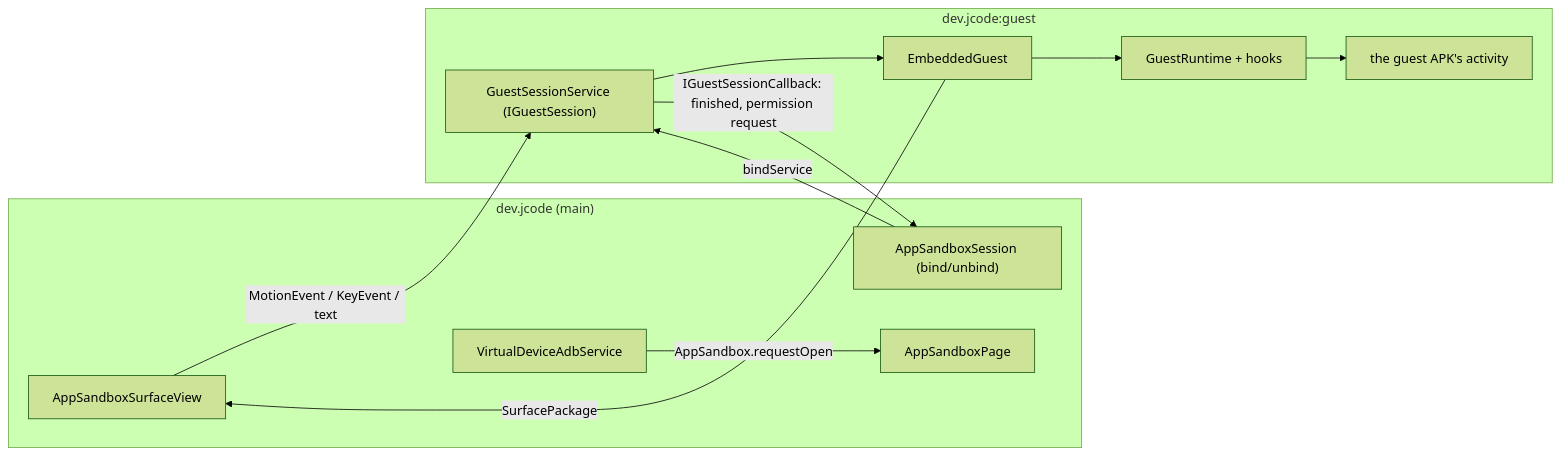
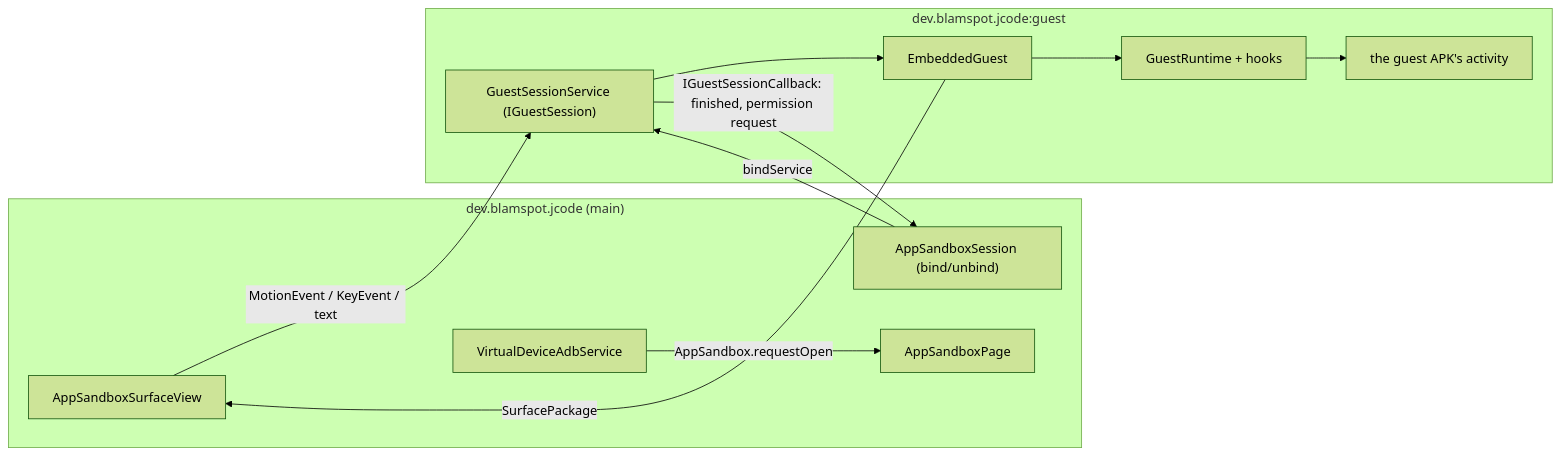
One commit to blamspotdev/j-code-android changed the diagram in docs/specifications/08-virtual-device/01-app-sandbox-architecture.md. Above: the diagram before and after it, drawn with Mermaid (forest theme). The commit also changed other lines of this file and 848 other files, not shown here.

First line of the commit message:
Move the app to dev.blamspot.jcode (#63)

````diff
--- a/docs/specifications/08-virtual-device/01-app-sandbox-architecture.md
+++ b/docs/specifications/08-virtual-device/01-app-sandbox-architecture.md
@@ -116,21 +116,21 @@
 ```mermaid
 flowchart LR
-    subgraph ide["dev.jcode (main)"]
+    subgraph ide["dev.blamspot.jcode (main)"]
         page["AppSandboxPage"]
         sv["AppSandboxSurfaceView"]
         sandbox["AppSandboxSession (bind/unbind)"]
         adb["VirtualDeviceAdbService"]
     end
-    subgraph guest["dev.jcode:guest"]
+    subgraph guest["dev.blamspot.jcode:guest"]
         svc["GuestSessionService (IGuestSession)"]
         eg["EmbeddedGuest"]
         gr["GuestRuntime + hooks"]
         apk["the guest APK's activity"]
     end
     adb -- "AppSandbox.requestOpen" --> page
     sandbox -- "bindService" --> svc
     svc --> eg --> gr --> apk
     eg -- "SurfacePackage" --> sv
     sv -- "MotionEvent / KeyEvent / text" --> svc
     svc -- "IGuestSessionCallback: finished, permission request" --> sandbox
 ```
````
